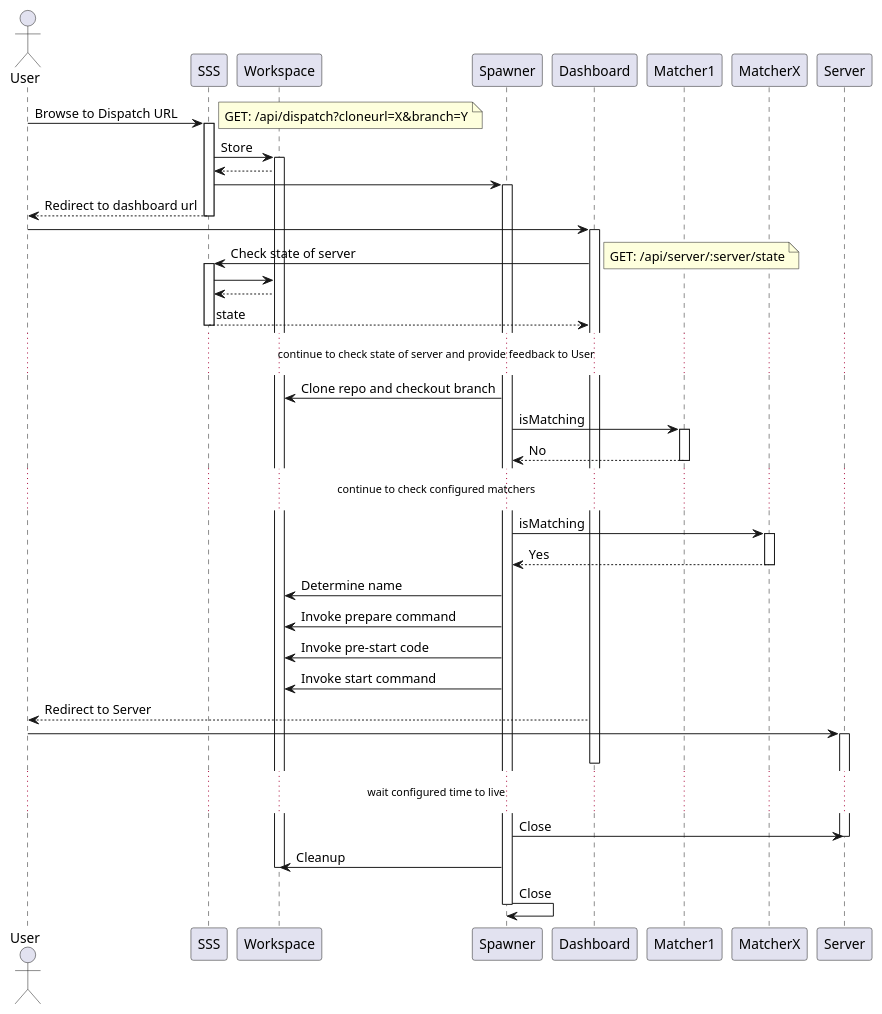
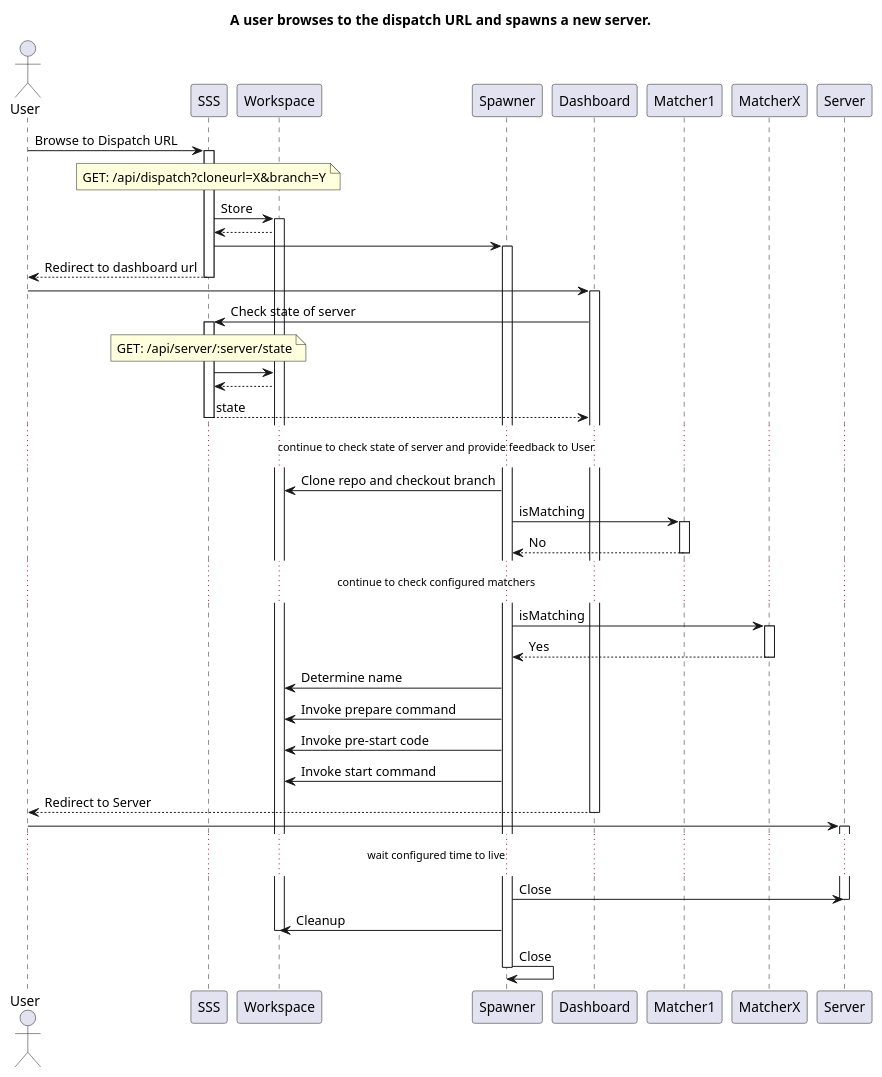
One commit to tomasbjerre/serverless-server-spawner changed the diagram in flow.plantuml. Above: the diagram before and after it, drawn with PlantUML. The commit also changed 1 other file, not shown here.

```diff
--- a/flow.plantuml
+++ b/flow.plantuml
@@ -1,58 +1,59 @@
 @startuml
 actor User
 
+title A user browses to the dispatch URL and spawns a new server.
 
 User -> SSS: Browse to Dispatch URL
 activate SSS
-note right: GET: /api/dispatch?cloneurl=X&branch=Y
+note over SSS: GET: /api/dispatch?cloneurl=X&branch=Y
 SSS -> Workspace: Store
 activate Workspace
 Workspace --> SSS
 SSS -> Spawner
 activate Spawner
 SSS --> User: Redirect to dashboard url
 deactivate SSS
 
 User -> Dashboard
 activate Dashboard
 Dashboard -> SSS: Check state of server
+note over SSS: GET: /api/server/:server/state
 activate SSS
-note right: GET: /api/server/:server/state
 SSS -> Workspace
 Workspace --> SSS
 SSS --> Dashboard: state
 deactivate SSS
 
 ... continue to check state of server and provide feedback to User ...
 
 Spawner -> Workspace: Clone repo and checkout branch
 Spawner -> Matcher1: isMatching
 activate Matcher1
 Matcher1 --> Spawner: No
 deactivate Matcher1
 
 ... continue to check configured matchers ...
 
 Spawner -> MatcherX: isMatching
 activate MatcherX
 MatcherX --> Spawner: Yes
 deactivate MatcherX
 Spawner -> Workspace: Determine name
 Spawner -> Workspace: Invoke prepare command
 Spawner -> Workspace: Invoke pre-start code
 Spawner -> Workspace: Invoke start command
 
 Dashboard --> User: Redirect to Server
+deactivate Dashboard
 User -> Server
 activate Server
-deactivate Dashboard
 
 ... wait configured time to live ...
 
 Spawner -> Server: Close
 deactivate Server
 Spawner -> Workspace: Cleanup
 deactivate Workspace
 Spawner -> Spawner: Close
 deactivate Spawner
 @enduml
```
